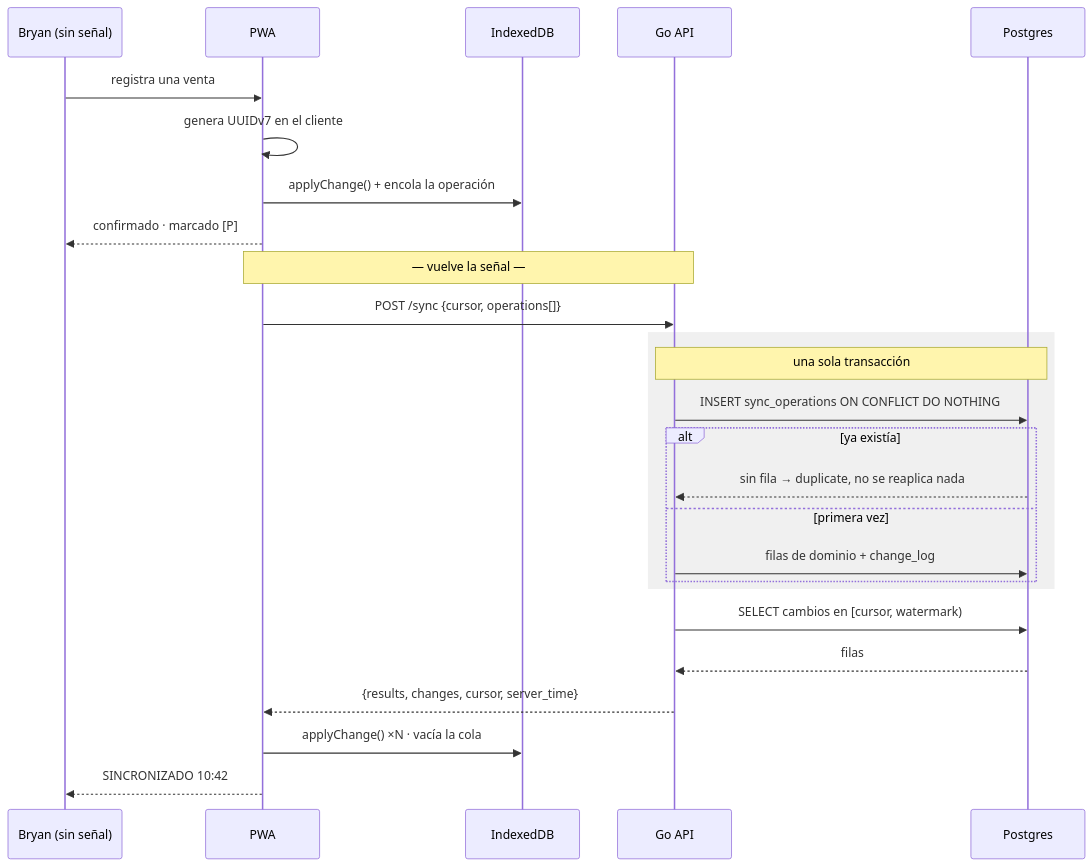
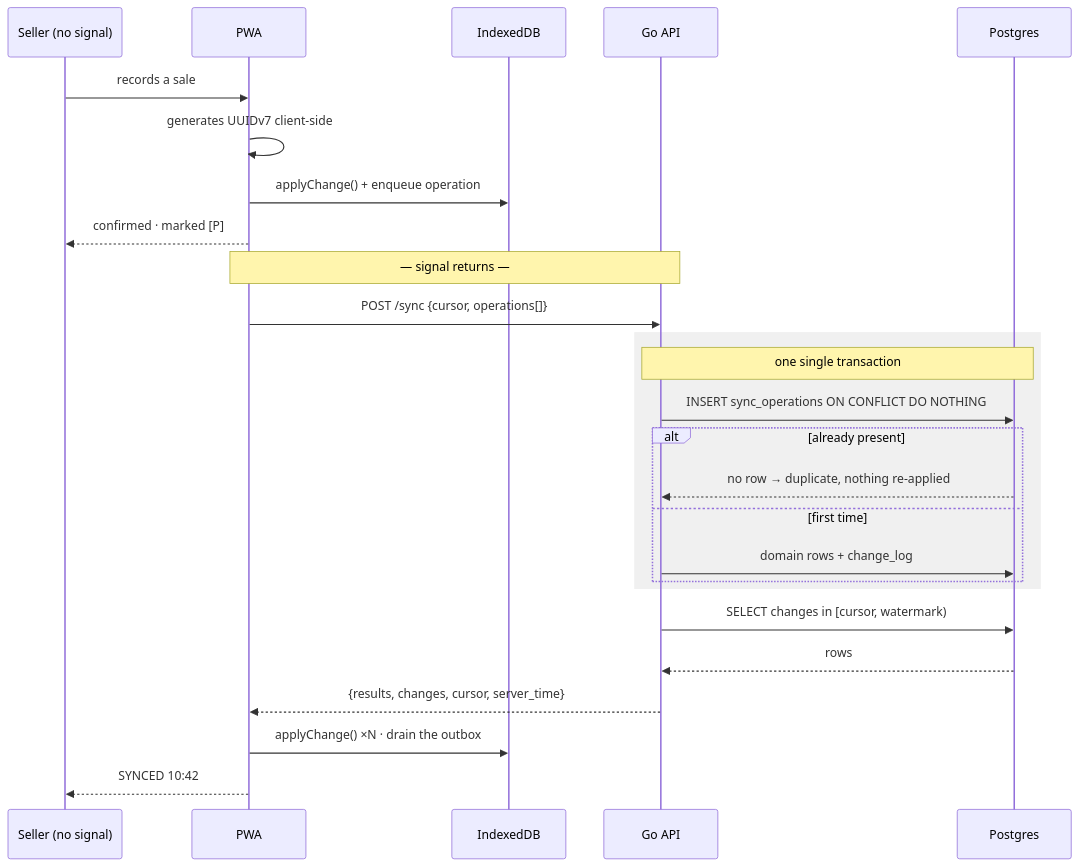
The fourth of 6 diagrams in docs/ARCHITECTURE.md (Bryandrm/Store-system), drawn with Mermaid before and after one commit. The commit also changed other lines of this file and 1 other file, not shown here.

First line of the commit message:
docs: architecture diagrams and implementation status

````diff
--- a/docs/ARCHITECTURE.md
+++ b/docs/ARCHITECTURE.md
@@ -172,33 +171,33 @@
 ```mermaid
 sequenceDiagram
-    participant U as Bryan (sin señal)
+    participant U as Seller (no signal)
     participant PWA
     participant IDB as IndexedDB
     participant API as Go API
     participant PG as Postgres
 
-    U->>PWA: registra una venta
-    PWA->>PWA: genera UUIDv7 en el cliente
-    PWA->>IDB: applyChange() + encola la operación
-    PWA-->>U: confirmado · marcado [P]
+    U->>PWA: records a sale
+    PWA->>PWA: generates UUIDv7 client-side
+    PWA->>IDB: applyChange() + enqueue operation
+    PWA-->>U: confirmed · marked [P]
 
-    Note over PWA,API: — vuelve la señal —
+    Note over PWA,API: — signal returns —
 
     PWA->>API: POST /sync {cursor, operations[]}
 
     rect rgb(240, 240, 240)
-        Note over API,PG: una sola transacción
+        Note over API,PG: one single transaction
         API->>PG: INSERT sync_operations ON CONFLICT DO NOTHING
-        alt ya existía
-            PG-->>API: sin fila → duplicate, no se reaplica nada
-        else primera vez
-            API->>PG: filas de dominio + change_log
+        alt already present
+            PG-->>API: no row → duplicate, nothing re-applied
+        else first time
+            API->>PG: domain rows + change_log
         end
     end
 
-    API->>PG: SELECT cambios en [cursor, watermark)
-    PG-->>API: filas
+    API->>PG: SELECT changes in [cursor, watermark)
+    PG-->>API: rows
     API-->>PWA: {results, changes, cursor, server_time}
-    PWA->>IDB: applyChange() ×N · vacía la cola
-    PWA-->>U: SINCRONIZADO 10:42
+    PWA->>IDB: applyChange() ×N · drain the outbox
+    PWA-->>U: SYNCED 10:42
 ```
````
